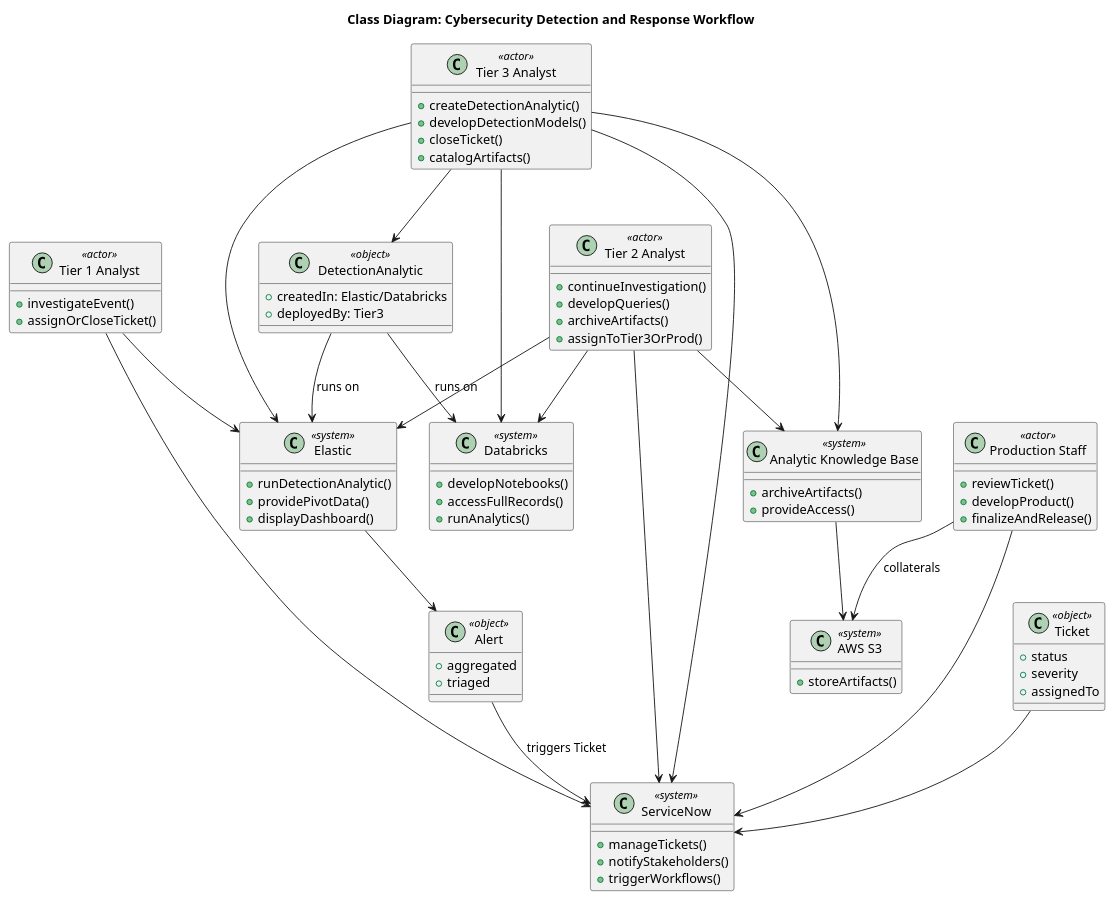
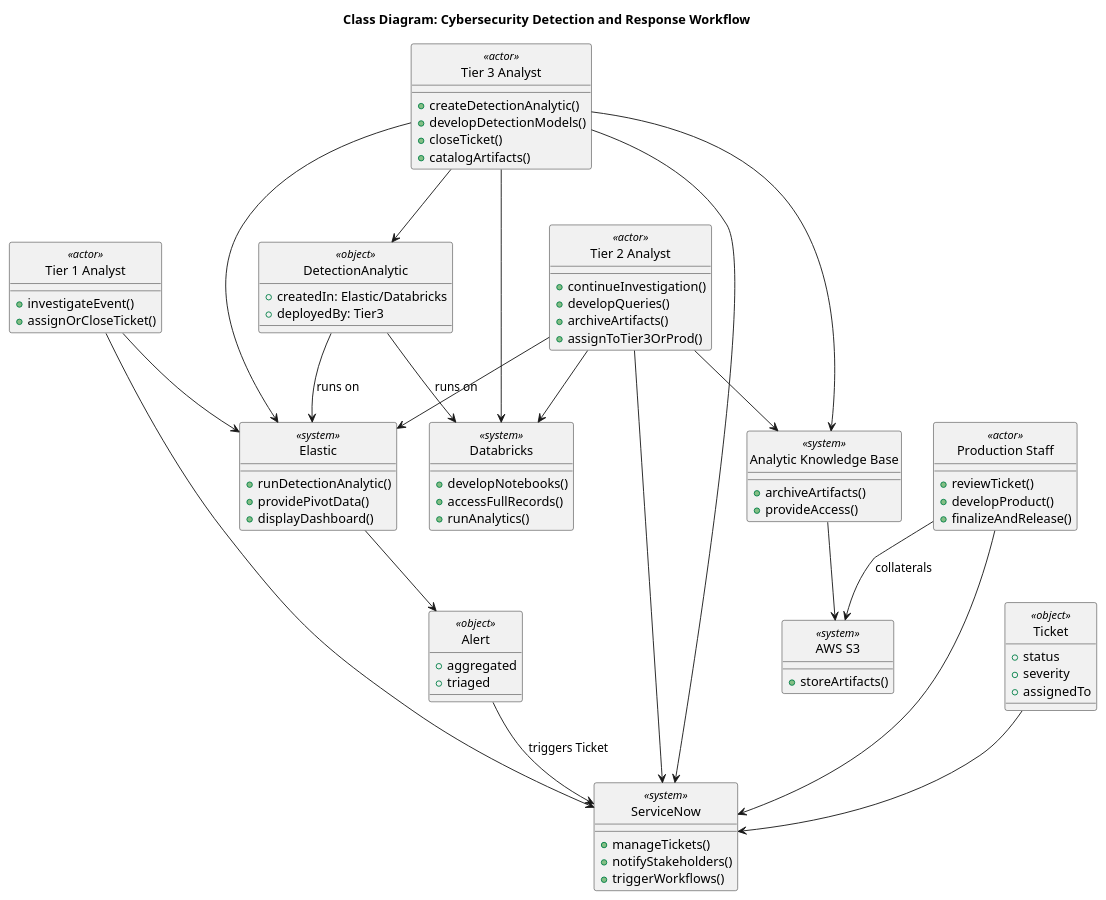
The diagram in target/classes/cisa_use_cases_and_workflows_2025/uc_1_persistent_hunt/uc_1_class_diagram.plantuml (drkiettran/use_cases_and_workflow_2025), drawn with PlantUML before and after one commit. The commit also changed 12 other files, not shown here.

```diff
--- a/target/classes/cisa_use_cases_and_workflows_2025/uc_1_persistent_hunt/uc_1_class_diagram.plantuml
+++ b/target/classes/cisa_use_cases_and_workflows_2025/uc_1_persistent_hunt/uc_1_class_diagram.plantuml
@@ -1,100 +1,103 @@
 @startuml
 	title Class Diagram: Cybersecurity Detection and Response Workflow
 	
 	' Actors
 	class "Tier 1 Analyst" <<actor>> {
 	  +investigateEvent()
 	  +assignOrCloseTicket()
 	}
 	
 	class "Tier 2 Analyst" <<actor>>  {
 	  +continueInvestigation()
 	  +developQueries()
 	  +archiveArtifacts()
 	  +assignToTier3OrProd()
 	}
 	
 	class "Tier 3 Analyst"  <<actor>> {
 	  +createDetectionAnalytic()
 	  +developDetectionModels()
 	  +closeTicket()
 	  +catalogArtifacts()
 	}
 	
 	class "Production Staff"  <<actor>> {
 	  +reviewTicket()
 	  +developProduct()
 	  +finalizeAndRelease()
 	}
 	
 	' Systems
 	class "Elastic" <<system>> {
 	  +runDetectionAnalytic()
 	  +providePivotData()
 	  +displayDashboard()
 	}
 	
 	class "Databricks" <<system>> {
 	  +developNotebooks()
 	  +accessFullRecords()
 	  +runAnalytics()
 	}
 	
 	class "ServiceNow" <<system>> {
 	  +manageTickets()
 	  +notifyStakeholders()
 	  +triggerWorkflows()
 	}
 	
 	class "Analytic Knowledge Base" <<system>> {
 	  +archiveArtifacts()
 	  +provideAccess()
 	}
 	
 	class "AWS S3" <<system>> {
 	  +storeArtifacts()
 	}
 	
 	' Objects
 	class "DetectionAnalytic" <<object>> {
 	  +createdIn: Elastic/Databricks
 	  +deployedBy: Tier3
 	}
 	
 	class "Alert" <<object>> {
 	  +aggregated
 	  +triaged
 	}
 	
 	class "Ticket" <<object>> {
 	  +status
 	  +severity
 	  +assignedTo
 	}
 	
 	' Relationships
 	"DetectionAnalytic" --> "Elastic" : runs on
 	"DetectionAnalytic" --> "Databricks" : runs on
 	"Elastic" --> "Alert"
 	"Alert" --> "ServiceNow" : triggers Ticket
 	"Ticket" --> "ServiceNow"
 	
 	"Tier 1 Analyst" --> "Elastic"
 	"Tier 1 Analyst" --> "ServiceNow"
 	
 	"Tier 2 Analyst" --> "Elastic"
 	"Tier 2 Analyst" --> "Databricks"
 	"Tier 2 Analyst" --> "ServiceNow"
 	"Tier 2 Analyst" --> "Analytic Knowledge Base"
 	
 	"Tier 3 Analyst" --> "Elastic"
 	"Tier 3 Analyst" --> "Databricks"
 	"Tier 3 Analyst" --> "ServiceNow"
 	"Tier 3 Analyst" --> "DetectionAnalytic"
 	"Tier 3 Analyst" --> "Analytic Knowledge Base"
 	
 	"Production Staff" --> "ServiceNow"
 	"Production Staff" --> "AWS S3" : collaterals
 	"Analytic Knowledge Base" --> "AWS S3"
-
+	
+	hide <<system>> circle
+	hide <<actor>> circle
+	hide <<object>> circle
 @enduml
```
